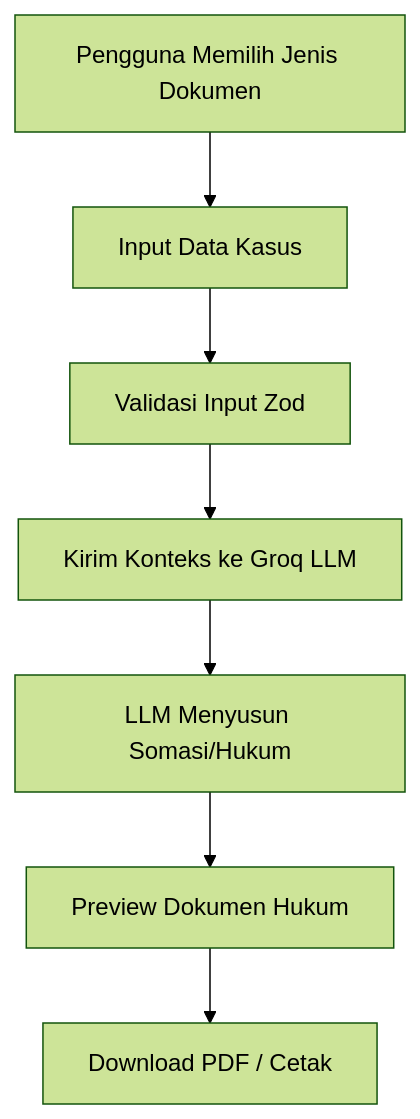
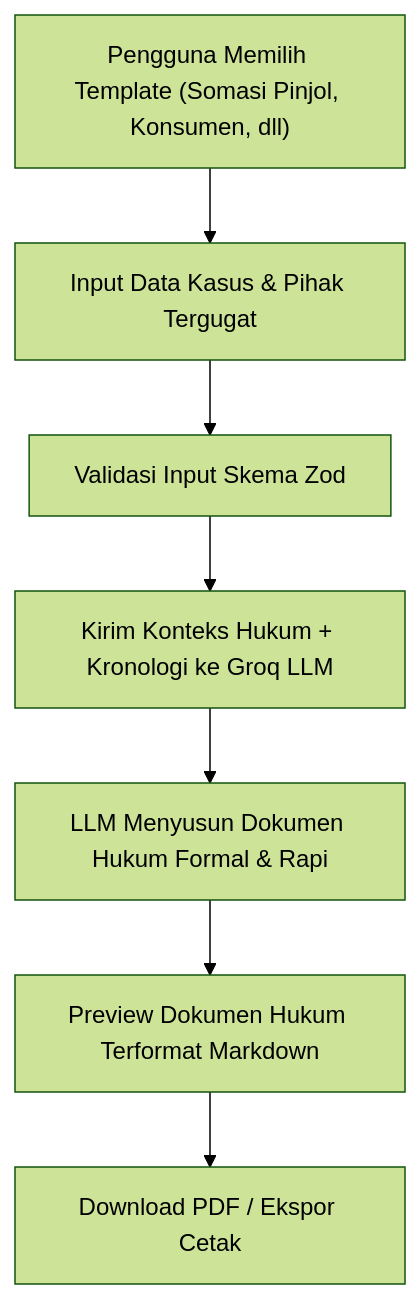
Before and after one commit to kazanaruishere-max/SafeWallet: the fifth of 16 diagrams in README.md, drawn with Mermaid (forest theme). The commit also changed other lines of this file, not shown here.

Commit message:
docs: expand README.md with detailed high-level architecture and comprehensive Mermaid workflows for all 6 features

````diff
--- a/README.md
+++ b/README.md
@@ -152,9 +167,9 @@
 ```mermaid
 flowchart TD
-    A[Pengguna Memilih Jenis Dokumen] --> B[Input Data Kasus]
-    B --> C[Validasi Input Zod]
-    C --> D[Kirim Konteks ke Groq LLM]
-    D --> E[LLM Menyusun Somasi/Hukum]
-    E --> F[Preview Dokumen Hukum]
-    F --> G[Download PDF / Cetak]
+    A["Pengguna Memilih Template (Somasi Pinjol, Konsumen, dll)"] --> B["Input Data Kasus & Pihak Tergugat"]
+    B --> C["Validasi Input Skema Zod"]
+    C --> D["Kirim Konteks Hukum + Kronologi ke Groq LLM"]
+    D --> E["LLM Menyusun Dokumen Hukum Formal & Rapi"]
+    E --> F["Preview Dokumen Hukum Terformat Markdown"]
+    F --> G["Download PDF / Ekspor Cetak"]
 ```
````
